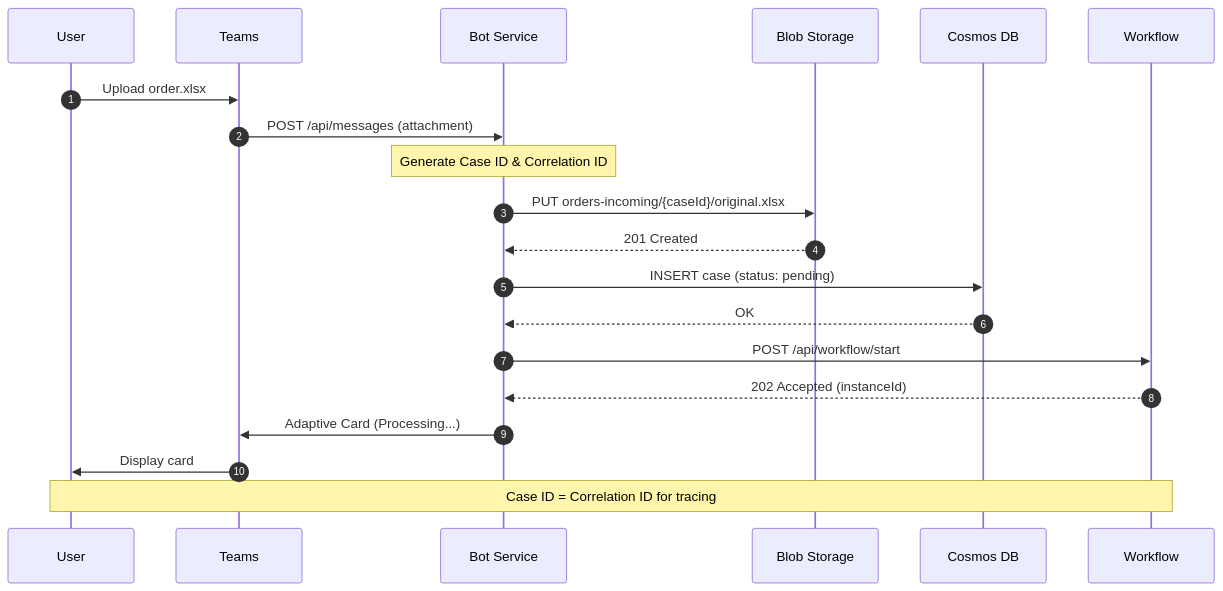
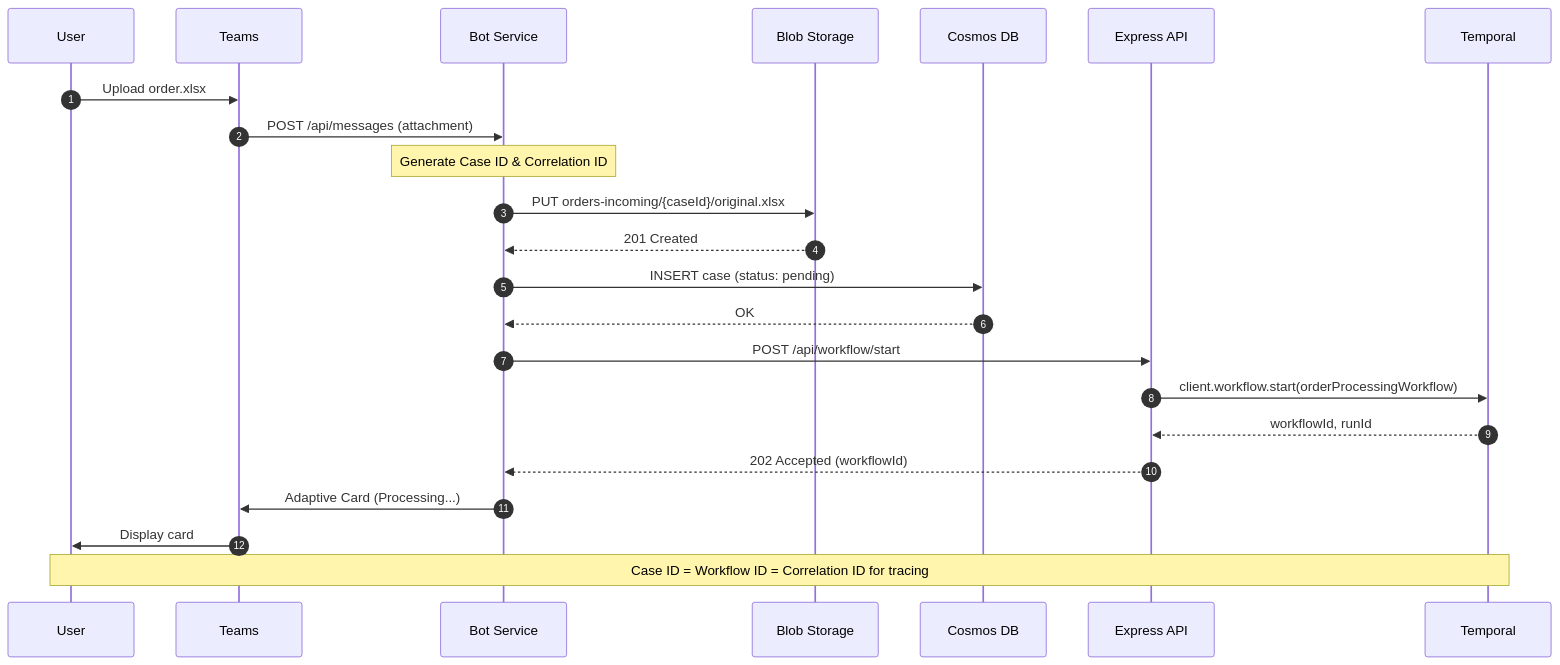
The second of 11 diagrams in app/docs/architecture/data-flow.md (CoronovirusG10/Zoho-order-processing), drawn with Mermaid before and after one commit. The commit also changed other lines of this file and 40 other files, not shown here.

Commit message:
Add VM migration architecture, Temporal workflow implementation, and infrastructure updates

````diff
--- a/app/docs/architecture/data-flow.md
+++ b/app/docs/architecture/data-flow.md
@@ -49,29 +57,32 @@
 ```mermaid
 sequenceDiagram
     autonumber
     participant U as User
     participant T as Teams
     participant B as Bot Service
     participant S as Blob Storage
     participant C as Cosmos DB
-    participant W as Workflow
+    participant E as Express API
+    participant Temp as Temporal
 
     U->>T: Upload order.xlsx
     T->>B: POST /api/messages (attachment)
 
     Note over B: Generate Case ID & Correlation ID
 
     B->>S: PUT orders-incoming/{caseId}/original.xlsx
     S-->>B: 201 Created
 
     B->>C: INSERT case (status: pending)
     C-->>B: OK
 
-    B->>W: POST /api/workflow/start
-    W-->>B: 202 Accepted (instanceId)
+    B->>E: POST /api/workflow/start
+    E->>Temp: client.workflow.start(orderProcessingWorkflow)
+    Temp-->>E: workflowId, runId
+    E-->>B: 202 Accepted (workflowId)
 
     B->>T: Adaptive Card (Processing...)
     T->>U: Display card
 
-    Note over U,W: Case ID = Correlation ID for tracing
+    Note over U,Temp: Case ID = Workflow ID = Correlation ID for tracing
 ```
````
